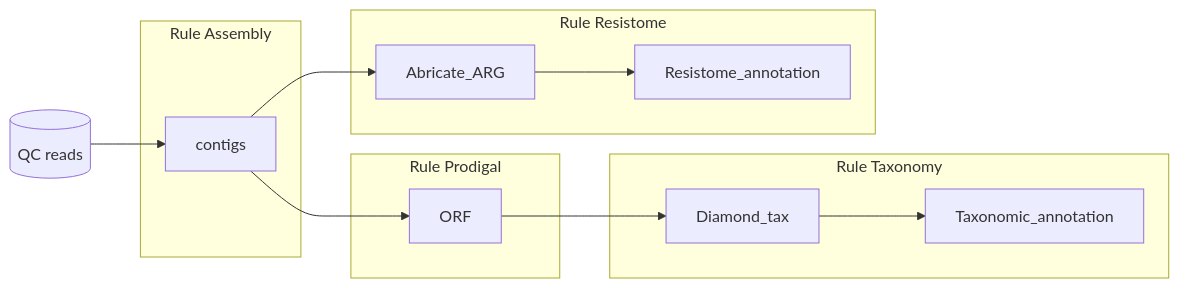
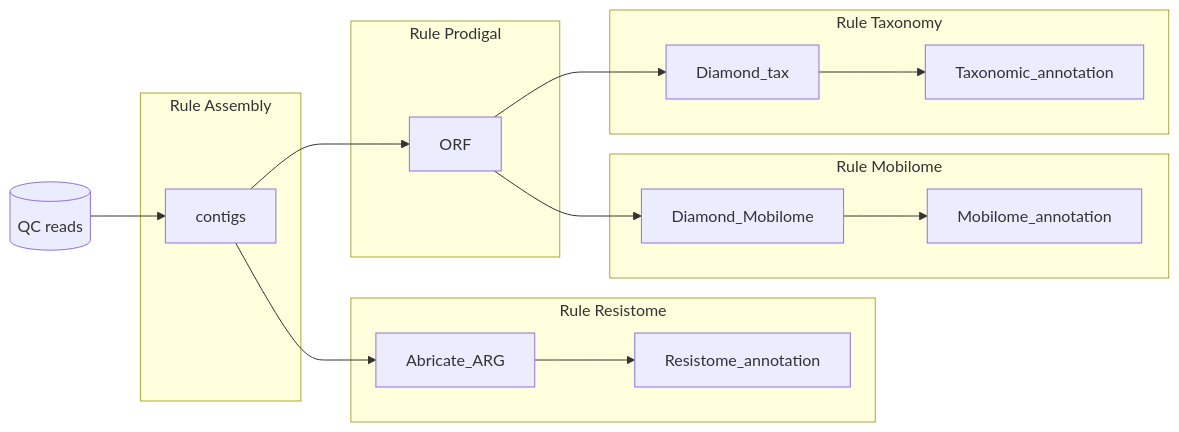
Before and after one commit to aponsero/Resistome_AssemblyBased_Snakemake: the diagram in README.md, drawn with Mermaid. The commit also changed other lines of this file and 1 other file, not shown here.

Commit message:
Adding Mobilome step draft

````diff
--- a/README.md
+++ b/README.md
@@ -32,23 +33,29 @@
 ```mermaid
 graph LR
     reads[(QC reads)] --> contigs ;
     contigs --> ORF ;
     ORF --> Diamond_tax ;
     contigs --> Abricate_ARG;
     Diamond_tax --> Taxonomic_annotation ;
     Abricate_ARG --> Resistome_annotation ;
+    ORF --> Diamond_Mobilome;
+    Diamond_Mobilome --> Mobilome_annotation;
     subgraph Rule Assembly
         contigs ;
     end
     subgraph Rule Prodigal
         ORF ;
     end
     subgraph Rule Taxonomy
         Diamond_tax ;
         Taxonomic_annotation ;
     end
     subgraph Rule Resistome
         Abricate_ARG ;
         Resistome_annotation ;
     end
+    subgraph Rule Mobilome
+        Diamond_Mobilome ;
+        Mobilome_annotation ;
+    end
 ```
````
